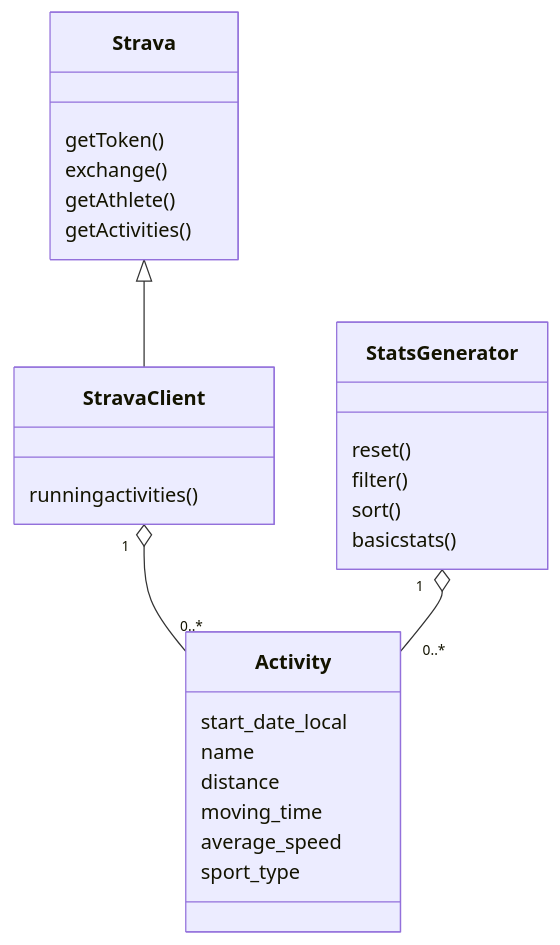
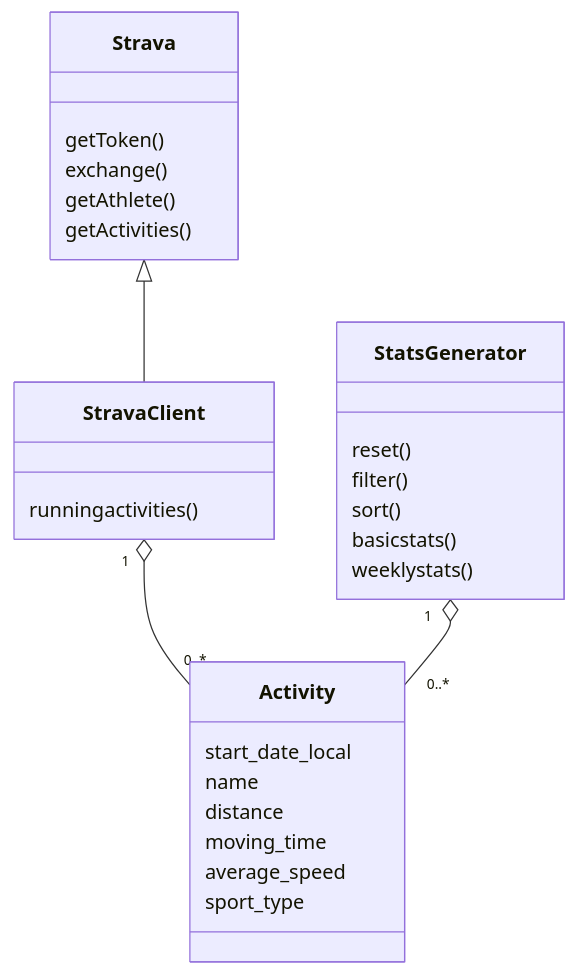
The first of 2 diagrams in README.md (avzdk/stravastats), drawn with Mermaid before and after one commit.

Commit message:
weeklystats tilføjet

````diff
--- a/README.md
+++ b/README.md
@@ -6,25 +6,26 @@
 ```mermaid
     classDiagram
         Strava <|-- StravaClient
         StravaClient "1" o-- "0..*" Activity 
         StatsGenerator "1" o-- "0..*"  Activity
 
         Activity: start_date_local
         Activity: name 
         Activity: distance  
         Activity: moving_time
         Activity: average_speed
         Activity: sport_type 
         
         Strava : getToken()
         Strava : exchange()
         Strava : getAthlete()
         Strava : getActivities()
 
         StravaClient : runningactivities()
 
         StatsGenerator : reset()
         StatsGenerator : filter()
         StatsGenerator : sort()
         StatsGenerator : basicstats()
+        StatsGenerator : weeklystats()
 ```
````
